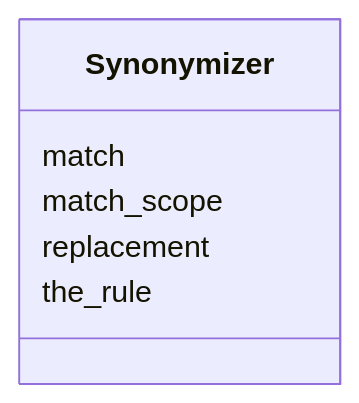
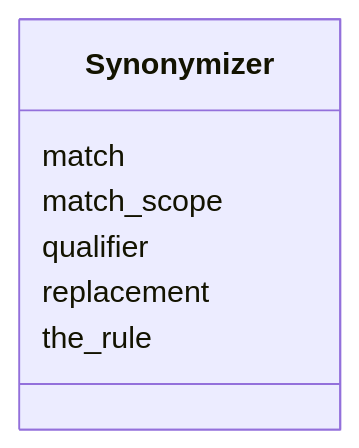
The diagram in mapping-rules/Synonymizer.md (INCATools/ontology-access-kit), drawn with Mermaid before and after one commit. The commit also changed other lines of this file and 11 other files, not shown here.

````diff
--- a/mapping-rules/Synonymizer.md
+++ b/mapping-rules/Synonymizer.md
@@ -9,9 +9,10 @@
 ```{mermaid}
  classDiagram
     class Synonymizer
       Synonymizer : match
       Synonymizer : match_scope
+      Synonymizer : qualifier
       Synonymizer : replacement
       Synonymizer : the_rule
       
 ```
````
